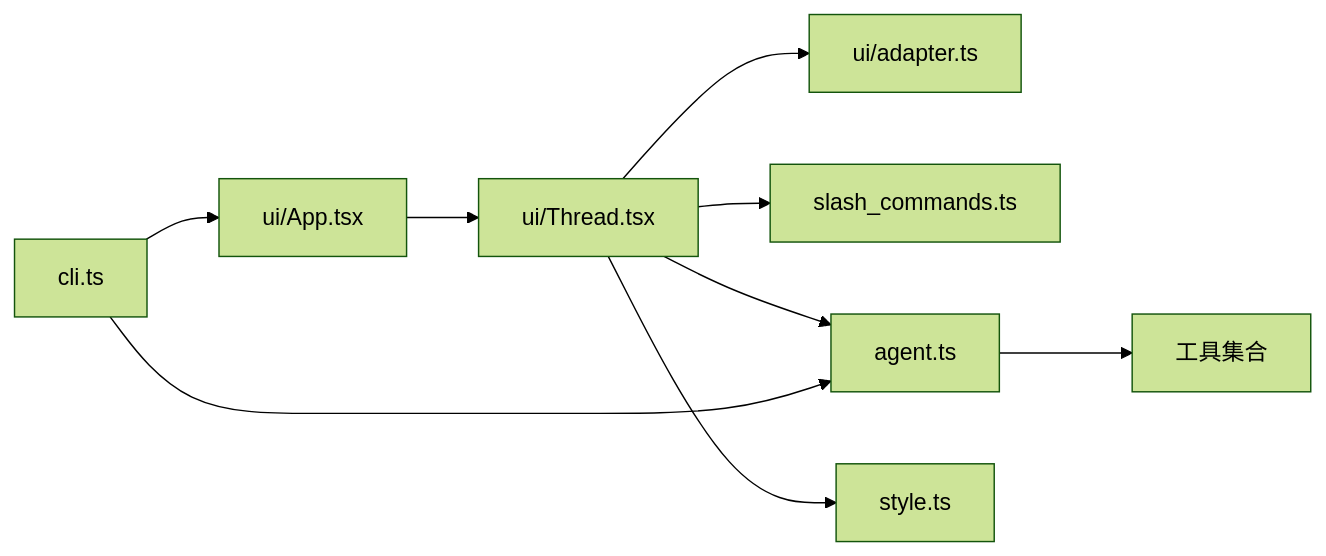
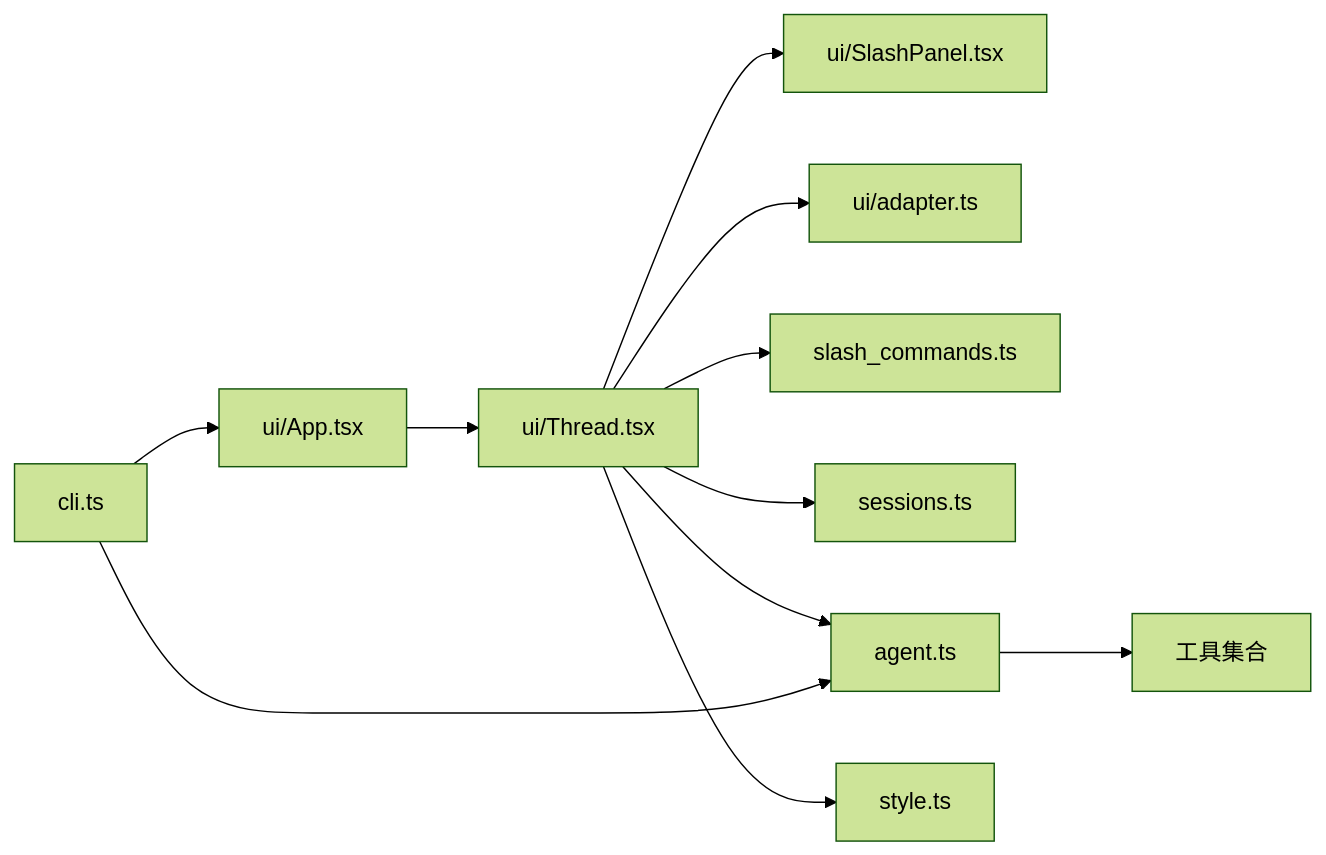
The third of 3 diagrams in .qoder/repowiki/zh/content/CLI 界面.md (HAOFUYANG/onion-code), drawn with Mermaid (forest theme) before and after one commit. The commit also changed other lines of this file and 29 other files, not shown here.

````diff
--- a/.qoder/repowiki/zh/content/CLI 界面.md
+++ b/.qoder/repowiki/zh/content/CLI 界面.md
@@ -206,11 +236,13 @@
 ```mermaid
 graph LR
 CLI["cli.ts"] --> APP["ui/App.tsx"]
 APP --> THREAD["ui/Thread.tsx"]
+THREAD --> SLASHPANEL["ui/SlashPanel.tsx"]
 THREAD --> ADAPTER["ui/adapter.ts"]
 THREAD --> SLASH["slash_commands.ts"]
+THREAD --> SESSIONS["sessions.ts"]
 THREAD --> AGENT["agent.ts"]
 THREAD --> STYLE["style.ts"]
 CLI --> AGENT
 AGENT --> TOOLS["工具集合"]
 ```
````
